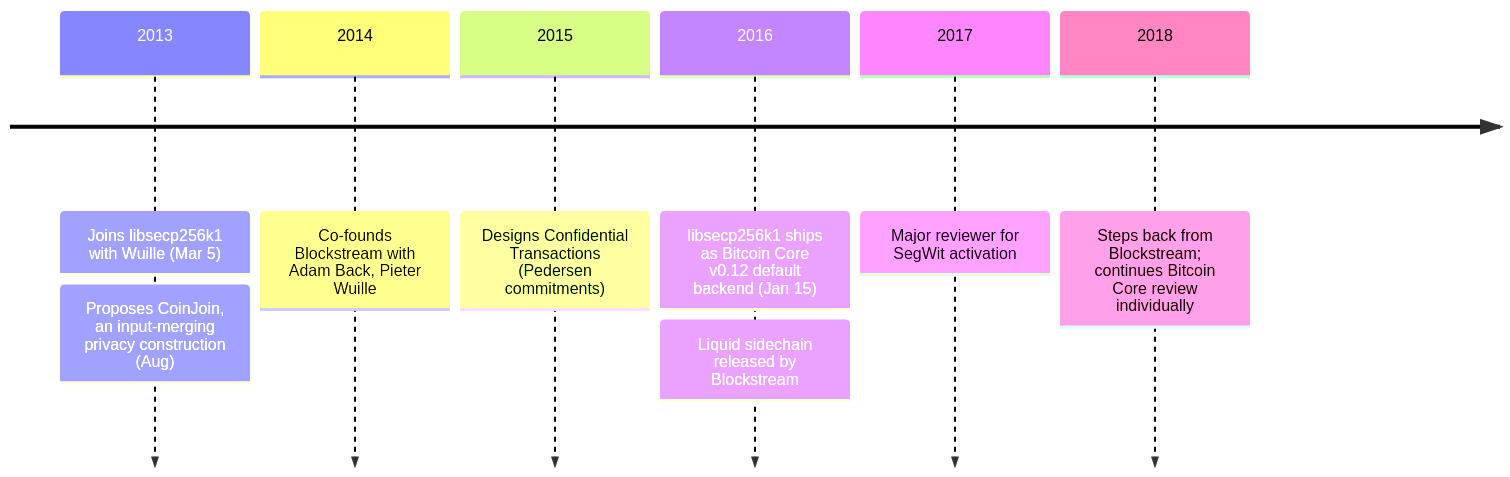
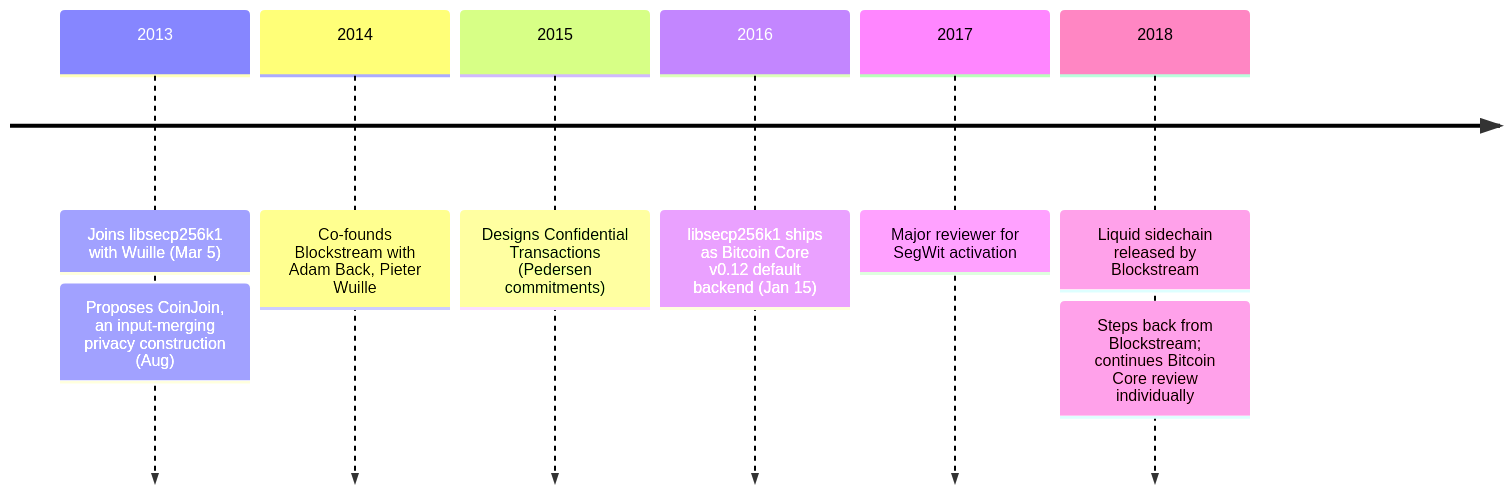
One commit to cypher256/BitcoinArchive changed the diagram in src/data/entries/en/aftermath/2013-03-05-gregory-maxwell-biography.md. Above: the diagram before and after it, drawn with Mermaid. The commit also changed 66 other files, not shown here.

````diff
--- a/src/data/entries/en/aftermath/2013-03-05-gregory-maxwell-biography.md
+++ b/src/data/entries/en/aftermath/2013-03-05-gregory-maxwell-biography.md
@@ -34,12 +34,12 @@
 ```mermaid
 timeline
     2013 : Joins libsecp256k1 with Wuille (Mar 5)
          : Proposes CoinJoin, an input-merging privacy construction (Aug)
     2014 : Co-founds Blockstream with Adam Back, Pieter Wuille
     2015 : Designs Confidential Transactions (Pedersen commitments)
     2016 : libsecp256k1 ships as Bitcoin Core v0.12 default backend (Jan 15)
     %% link: /BitcoinArchive/entries/aftermath/2016-01-15-libsecp256k1-replaces-openssl-bitcoin-core-v012/
-         : Liquid sidechain released by Blockstream
     2017 : Major reviewer for SegWit activation
-    2018 : Steps back from Blockstream; continues Bitcoin Core review individually
+    2018 : Liquid sidechain released by Blockstream
+         : Steps back from Blockstream; continues Bitcoin Core review individually
 ```
````
